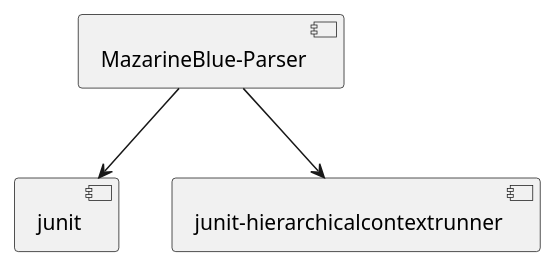
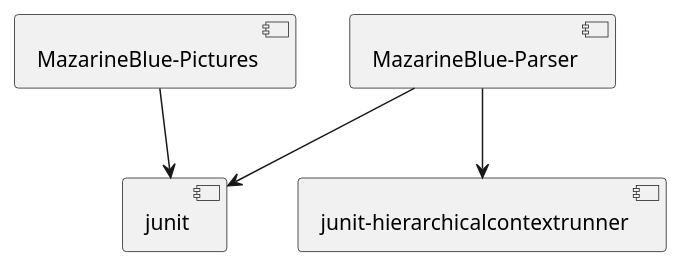
One commit to bennypoon/MazarineBlue changed the diagram in src/main/resources/Component Diagram - Overview.puml. Above: the diagram before and after it, drawn with PlantUML. The commit also changed 32 other files, not shown here.

Commit message:
Release MazarineBlue-Picture

```diff
--- a/src/main/resources/Component Diagram - Overview.puml
+++ b/src/main/resources/Component Diagram - Overview.puml
@@ -1,4 +1,5 @@
 @startuml
 [MazarineBlue-Parser] --> [junit]
 [MazarineBlue-Parser] --> [junit-hierarchicalcontextrunner]
+[MazarineBlue-Pictures] --> [junit]
 @enduml
```
